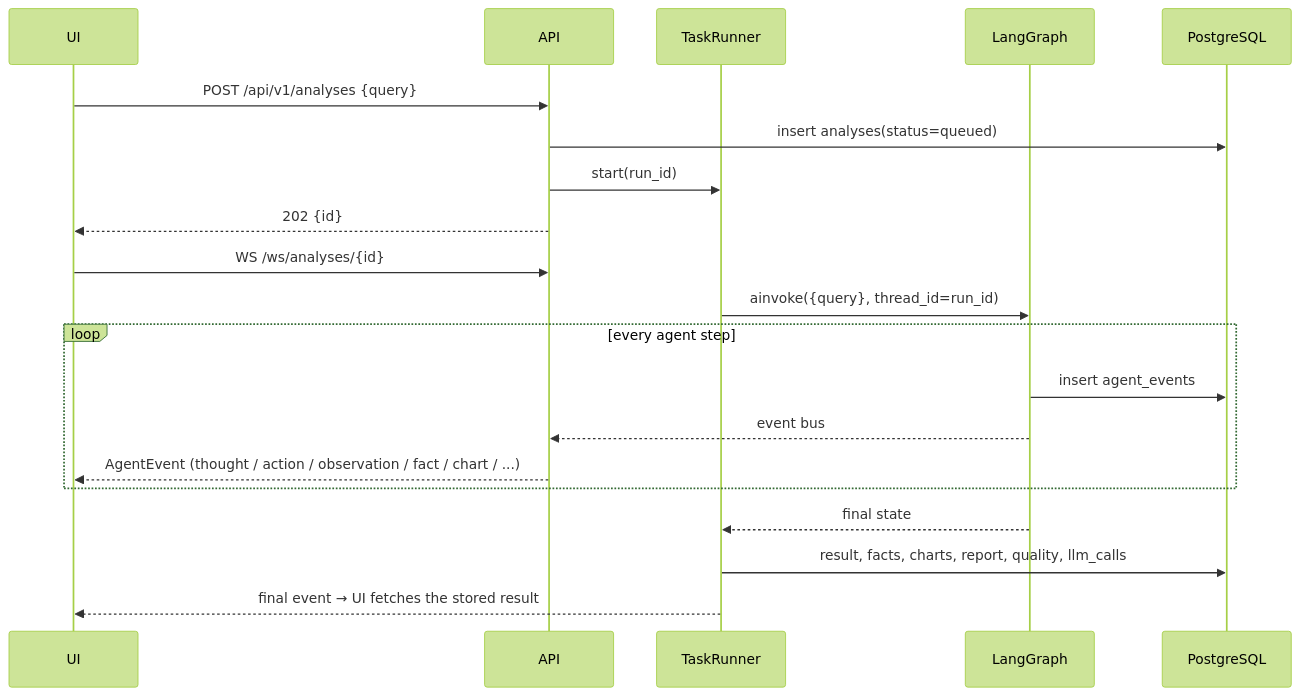
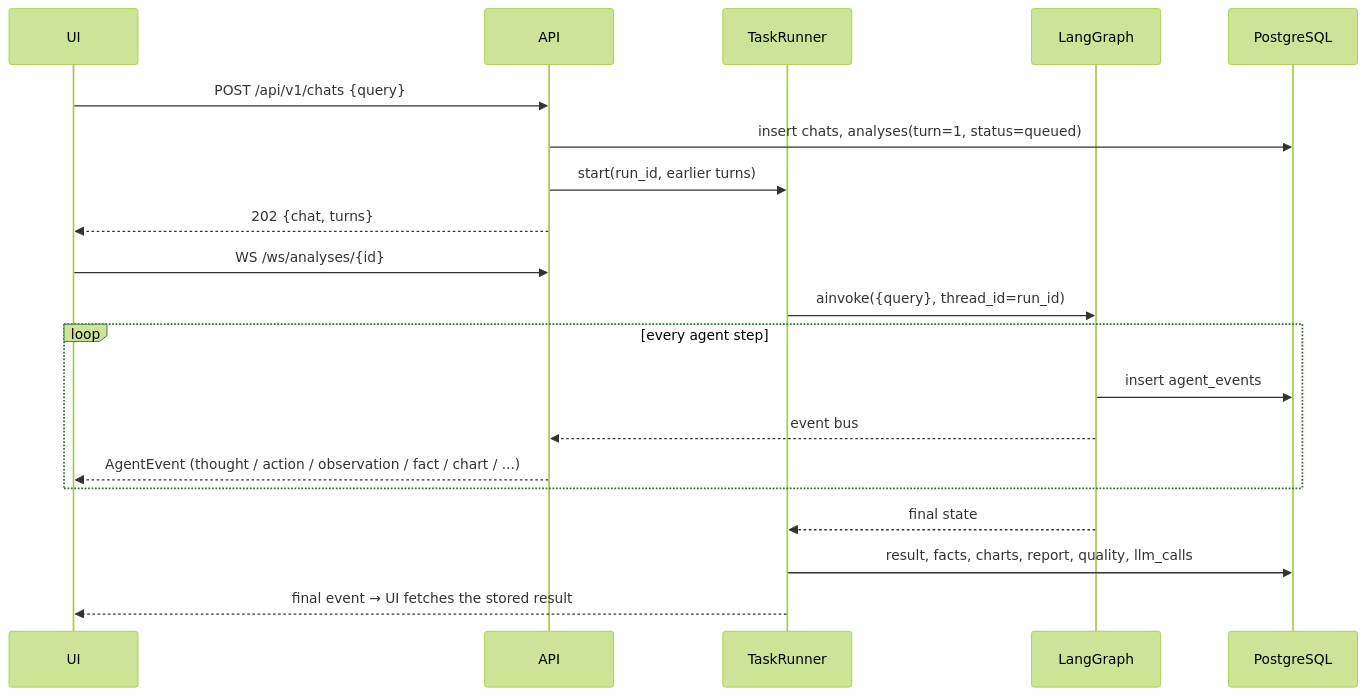
Before and after one commit to weikiat98/tech-assignment: the second of 4 diagrams in ARCHITECTURE.md, drawn with Mermaid (forest theme). The commit also changed other lines of this file and 17 other files, not shown here.

````diff
--- a/ARCHITECTURE.md
+++ b/ARCHITECTURE.md
@@ -44,22 +47,22 @@
 ```mermaid
 sequenceDiagram
     participant UI
     participant API
     participant Runner as TaskRunner
     participant Graph as LangGraph
     participant DB as PostgreSQL
-    UI->>API: POST /api/v1/analyses {query}
-    API->>DB: insert analyses(status=queued)
-    API->>Runner: start(run_id)
-    API-->>UI: 202 {id}
+    UI->>API: POST /api/v1/chats {query}
+    API->>DB: insert chats, analyses(turn=1, status=queued)
+    API->>Runner: start(run_id, earlier turns)
+    API-->>UI: 202 {chat, turns}
     UI->>API: WS /ws/analyses/{id}
     Runner->>Graph: ainvoke({query}, thread_id=run_id)
     loop every agent step
         Graph->>DB: insert agent_events
         Graph-->>API: event bus
         API-->>UI: AgentEvent (thought / action / observation / fact / chart / ...)
     end
     Graph-->>Runner: final state
     Runner->>DB: result, facts, charts, report, quality, llm_calls
     Runner-->>UI: final event → UI fetches the stored result
 ```
````
